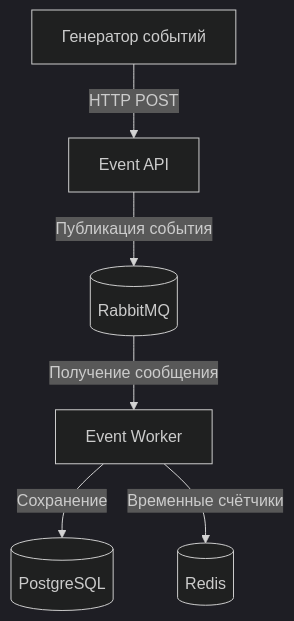
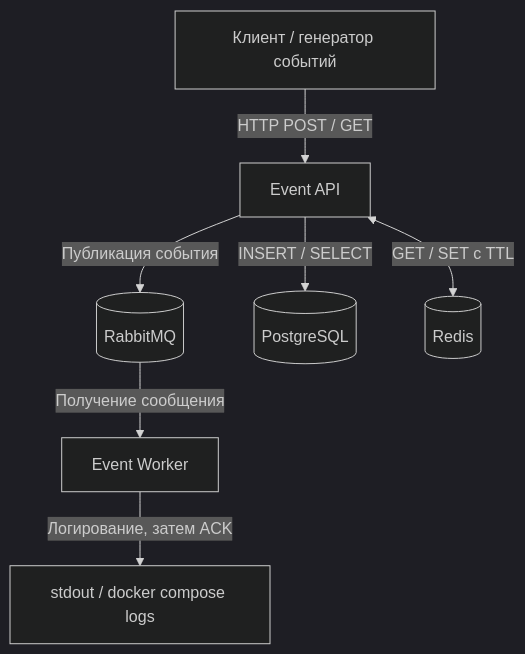
Before and after one commit to yalkar/security-event-processing-system: the second of 2 diagrams in README.md, drawn with Mermaid (dark theme). The commit also changed other lines of this file and 13 other files, not shown here.

Commit message:
feat: store and cache events, publish messages, and add event worker for homework 3

````diff
--- a/README.md
+++ b/README.md
@@ -48,8 +48,9 @@
 ```mermaid
 flowchart TD
-    Source["Генератор событий"] -->|"HTTP POST"| API["Event API"]
+    Source["Клиент / генератор событий"] -->|"HTTP POST / GET"| API["Event API"]
     API -->|"Публикация события"| MQ[("RabbitMQ")]
     MQ -->|"Получение сообщения"| Worker["Event Worker"]
-    Worker -->|"Сохранение"| DB[("PostgreSQL")]
-    Worker -->|"Временные счётчики"| Cache[("Redis")]
+    API -->|"INSERT / SELECT"| DB[("PostgreSQL")]
+    API <-->|"GET / SET с TTL"| Cache[("Redis")]
+    Worker -->|"Логирование, затем ACK"| Logs["stdout / docker compose logs"]
 ```
````
